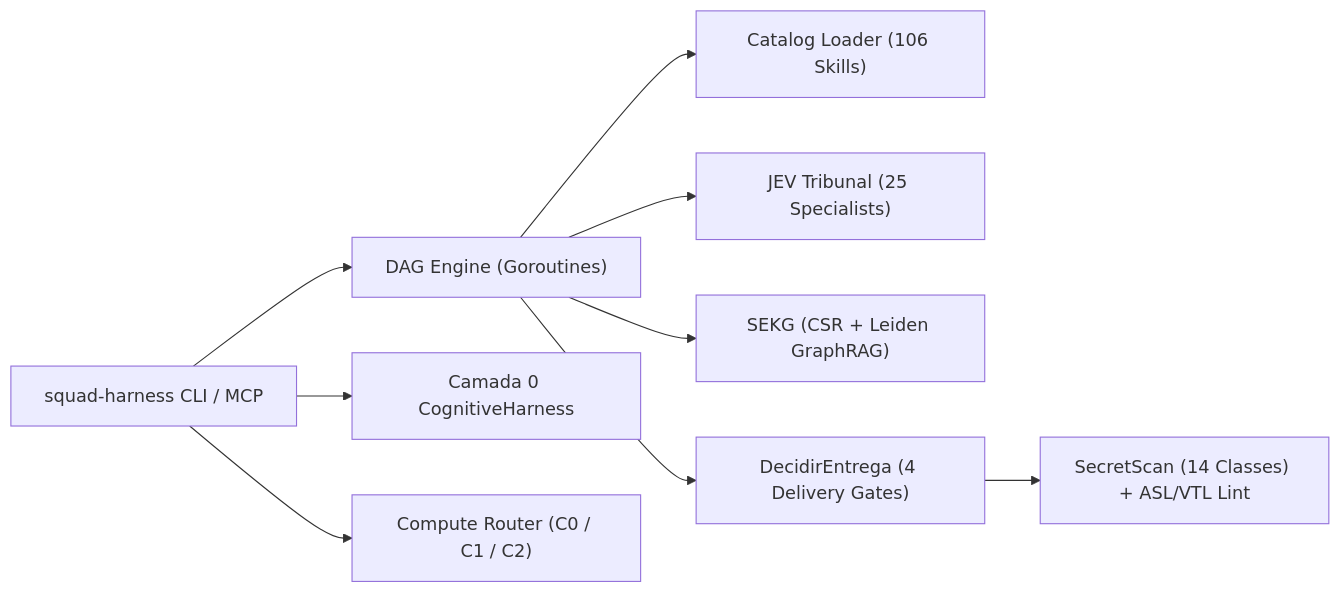
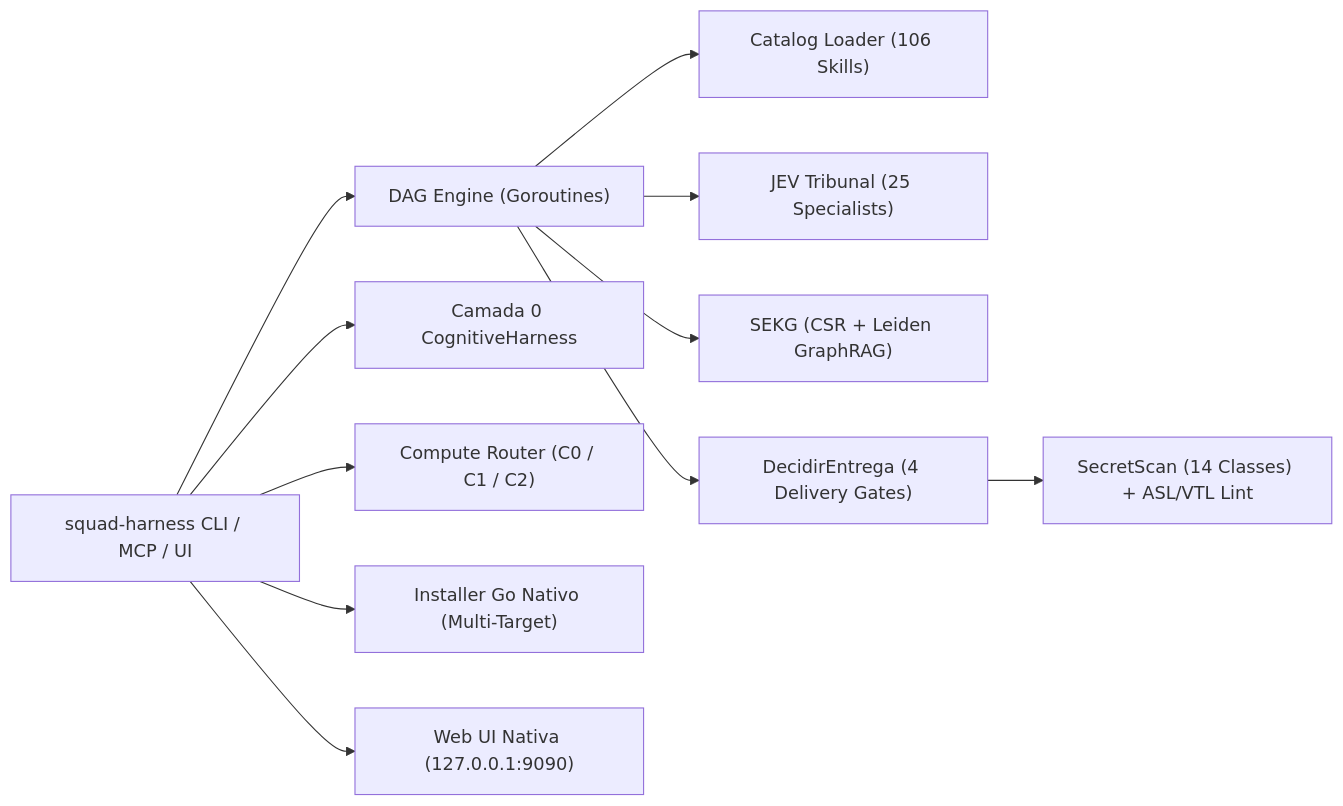
Before and after one commit to thiago701/squad-ai-harness: the diagram in README.md, drawn with Mermaid. The commit also changed other lines of this file and 9 other files, not shown here.

Commit message:
feat(ui,installer): adiciona catalogo interativo web e instalador nativo em go

````diff
--- a/README.md
+++ b/README.md
@@ -51,13 +53,15 @@
 ```mermaid
 flowchart LR
-    CLI["squad-harness CLI / MCP"] --> DAG["DAG Engine (Goroutines)"]
+    CLI["squad-harness CLI / MCP / UI"] --> DAG["DAG Engine (Goroutines)"]
     CLI --> COG["Camada 0 CognitiveHarness"]
     CLI --> COMP["Compute Router (C0 / C1 / C2)"]
+    CLI --> INST["Installer Go Nativo (Multi-Target)"]
+    CLI --> WEB["Web UI Nativa (127.0.0.1:9090)"]
 
     DAG --> CAT["Catalog Loader (106 Skills)"]
     DAG --> JEV["JEV Tribunal (25 Specialists)"]
     DAG --> SEKG["SEKG (CSR + Leiden GraphRAG)"]
     DAG --> GATES["DecidirEntrega (4 Delivery Gates)"]
 
     GATES --> SEC["SecretScan (14 Classes) + ASL/VTL Lint"]
 ```
````
